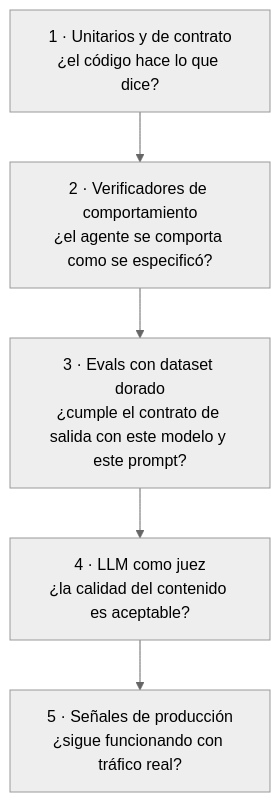
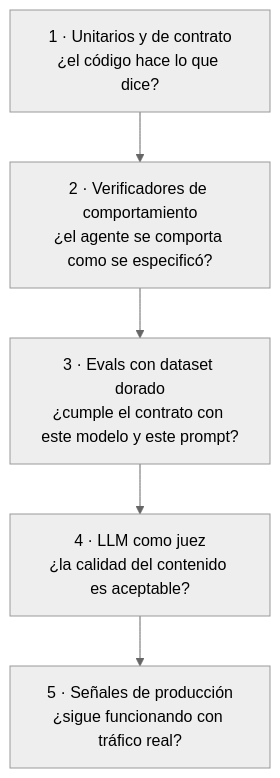
The ninth of 10 diagrams in capstone/juniortrainer-capstone.md (Mapeldorf/JuniorTrainer), drawn with Mermaid (neutral theme) before and after one commit. The commit also changed other lines of this file and 3 other files, not shown here.

````diff
--- a/capstone/juniortrainer-capstone.md
+++ b/capstone/juniortrainer-capstone.md
@@ -2295,8 +1232,8 @@
 ```mermaid
 flowchart TB
     N1["1 · Unitarios y de contrato<br/>¿el código hace lo que dice?"] --> N2
     N2["2 · Verificadores de comportamiento<br/>¿el agente se comporta como se especificó?"] --> N3
-    N3["3 · Evals con dataset dorado<br/>¿cumple el contrato de salida con este modelo y este prompt?"] --> N4
+    N3["3 · Evals con dataset dorado<br/>¿cumple el contrato con este modelo y este prompt?"] --> N4
     N4["4 · LLM como juez<br/>¿la calidad del contenido es aceptable?"] --> N5
     N5["5 · Señales de producción<br/>¿sigue funcionando con tráfico real?"]
 ```
````
